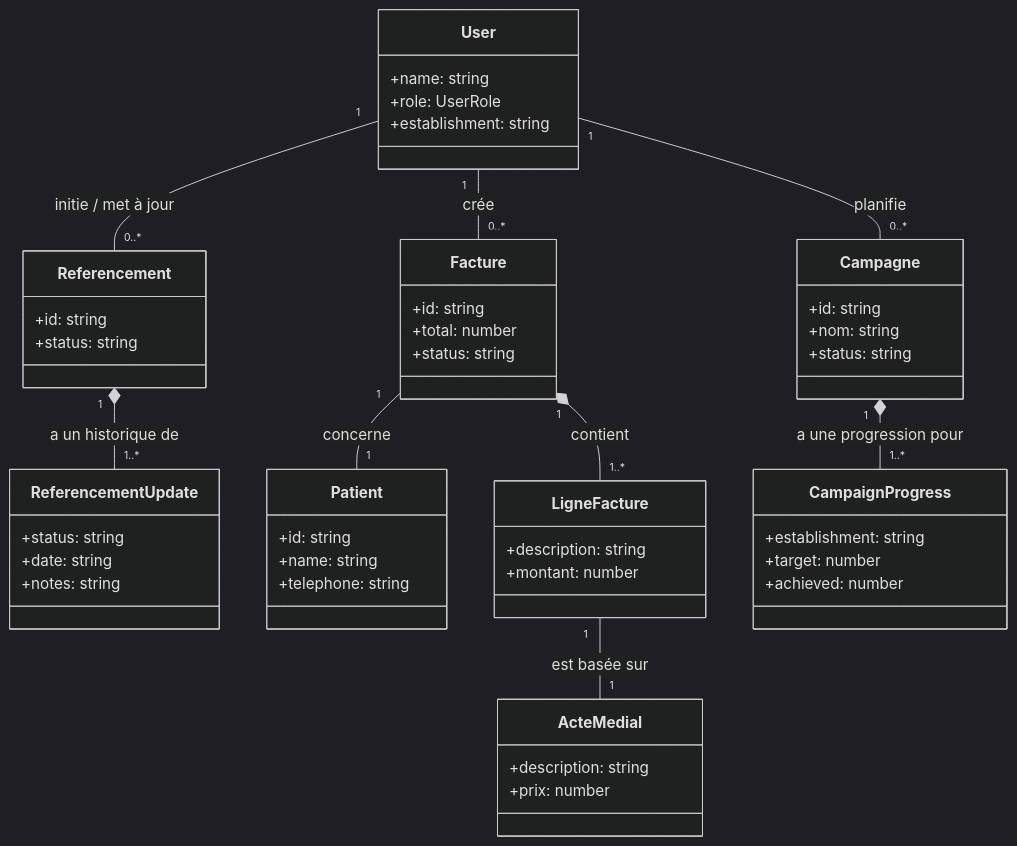
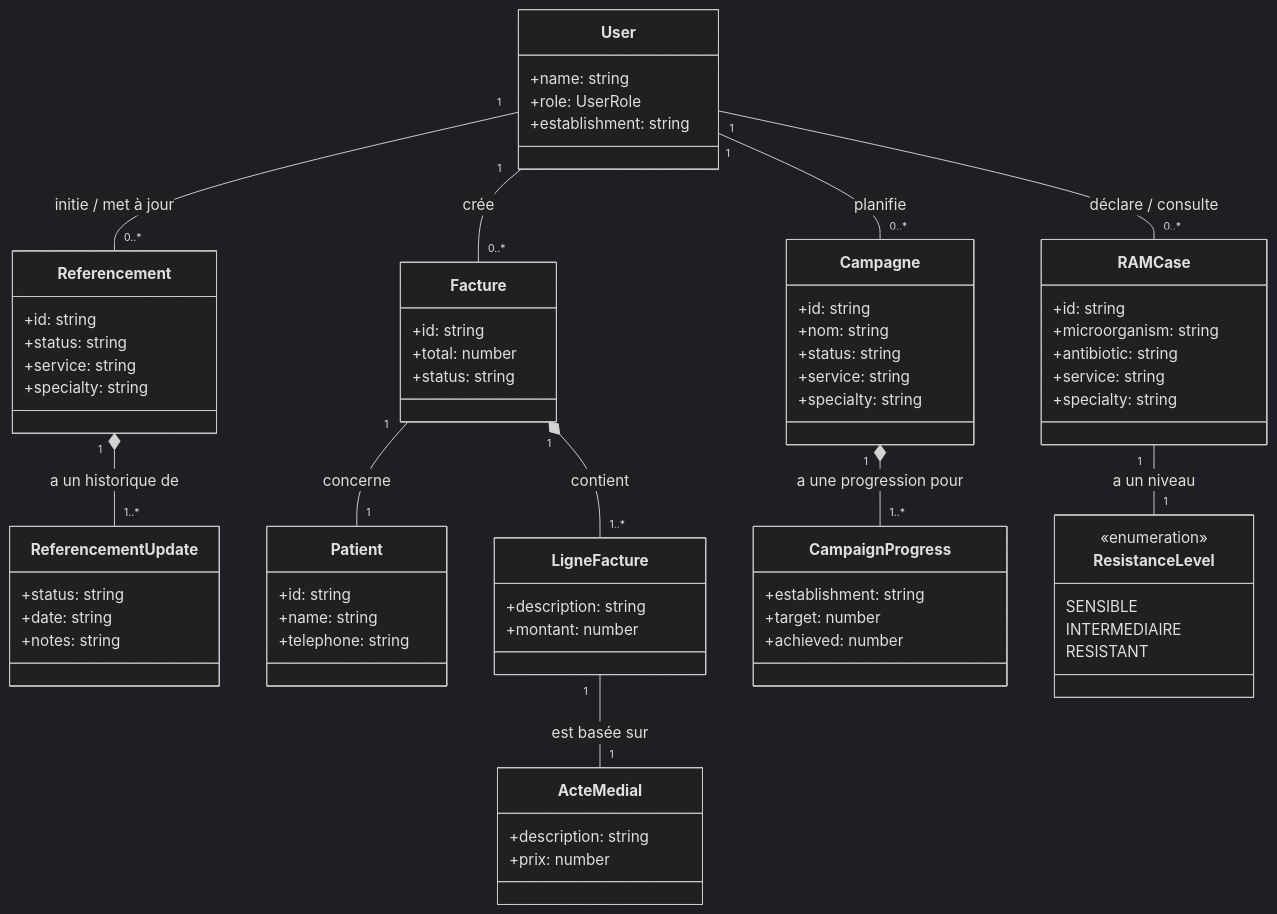
Before and after one commit to drguindo/Gestin-SIS-Baobab: the second of 5 diagrams in docs/10_diagrammes_uml.md, drawn with Mermaid (dark theme). The commit also changed other lines of this file and 18 other files, not shown here.

````diff
--- a/docs/10_diagrammes_uml.md
+++ b/docs/10_diagrammes_uml.md
@@ -94,6 +100,8 @@
     class Referencement {
       +id: string
       +status: string
+      +service: string
+      +specialty: string
     }
     
     class ReferencementUpdate {
@@ -122,6 +130,8 @@
       +id: string
       +nom: string
       +status: string
+      +service: string
+      +specialty: string
     }
     
     class CampaignProgress {
@@ -129,10 +139,25 @@
       +target: number
       +achieved: number
     }
+
+    class RAMCase {
+        +id: string
+        +microorganism: string
+        +antibiotic: string
+        +service: string
+        +specialty: string
+    }
+
+    class ResistanceLevel <<enumeration>> {
+      SENSIBLE
+      INTERMEDIAIRE
+      RESISTANT
+    }
     
     User "1" -- "0..*" Referencement : initie / met à jour
     User "1" -- "0..*" Facture : crée
     User "1" -- "0..*" Campagne : planifie
+    User "1" -- "0..*" RAMCase : déclare / consulte
     
     Referencement "1" *-- "1..*" ReferencementUpdate : a un historique de
     
@@ -141,4 +166,6 @@
     LigneFacture "1" -- "1" ActeMedial : est basée sur
     
     Campagne "1" *-- "1..*" CampaignProgress : a une progression pour
+
+    RAMCase "1" -- "1" ResistanceLevel : a un niveau
 ```
````
